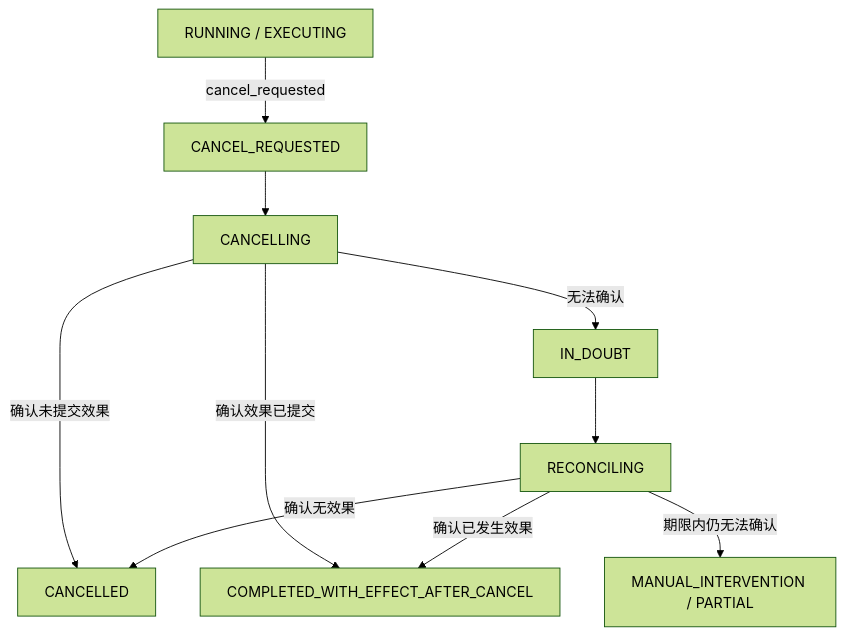
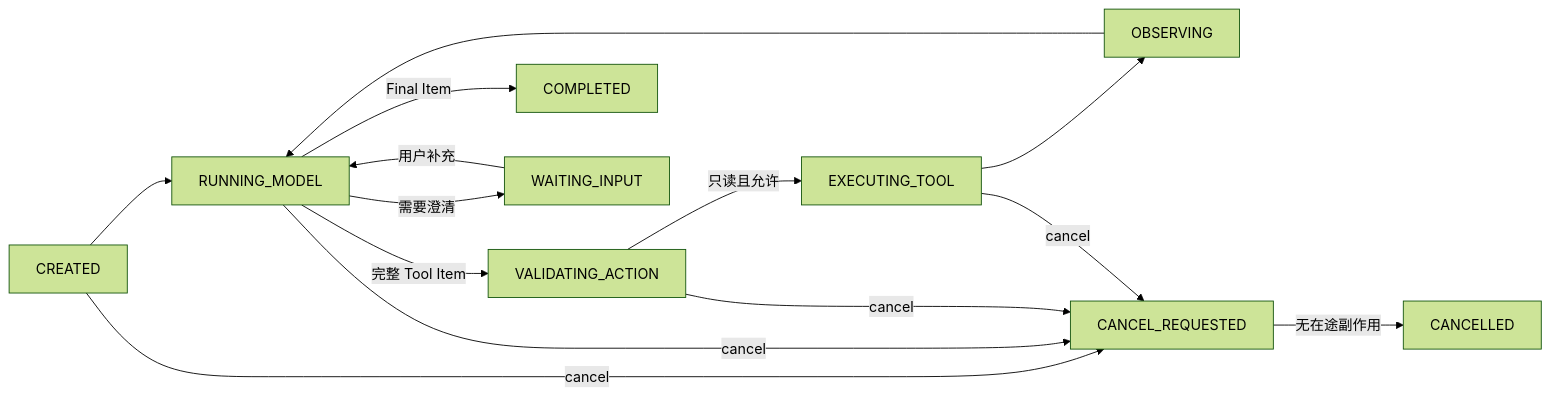
The diagram in site/04-模型接口与Agent内核/06-Agent-Loop与状态机.md (whatthehan/masterpiece-static-docs), drawn with Mermaid (forest theme) before and after one commit. The commit also changed other lines of this file and 152 other files, not shown here.

````diff
--- a/site/04-模型接口与Agent内核/06-Agent-Loop与状态机.md
+++ b/site/04-模型接口与Agent内核/06-Agent-Loop与状态机.md
@@ -87,12 +101,16 @@
 ```mermaid
-flowchart TD
-  A["RUNNING / EXECUTING"] -->|cancel_requested| B["CANCEL_REQUESTED"]
-  B --> C["CANCELLING"]
-  C -->|确认未提交效果| D["CANCELLED"]
-  C -->|确认效果已提交| E["COMPLETED_WITH_EFFECT_AFTER_CANCEL"]
-  C -->|无法确认| F["IN_DOUBT"]
-  F --> G["RECONCILING"]
-  G -->|确认无效果| D
-  G -->|确认已发生效果| E
-  G -->|期限内仍无法确认| H["MANUAL_INTERVENTION / PARTIAL"]
+flowchart LR
+    A["CREATED"] --> B["RUNNING_MODEL"]
+    B -->|完整 Tool Item| C["VALIDATING_ACTION"]
+    C -->|只读且允许| D["EXECUTING_TOOL"]
+    D --> E["OBSERVING"]
+    E --> B
+    B -->|Final Item| F["COMPLETED"]
+    B -->|需要澄清| G["WAITING_INPUT"]
+    G -->|用户补充| B
+    A -->|cancel| H["CANCEL_REQUESTED"]
+    B -->|cancel| H
+    C -->|cancel| H
+    D -->|cancel| H
+    H -->|无在途副作用| I["CANCELLED"]
 ```
````
